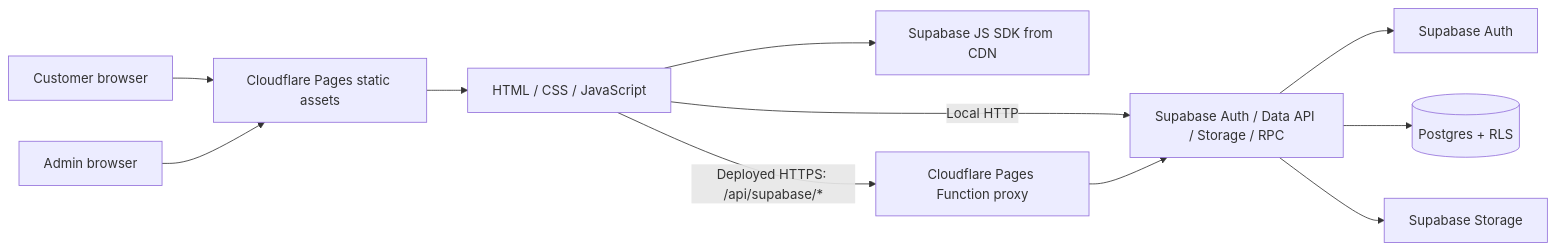
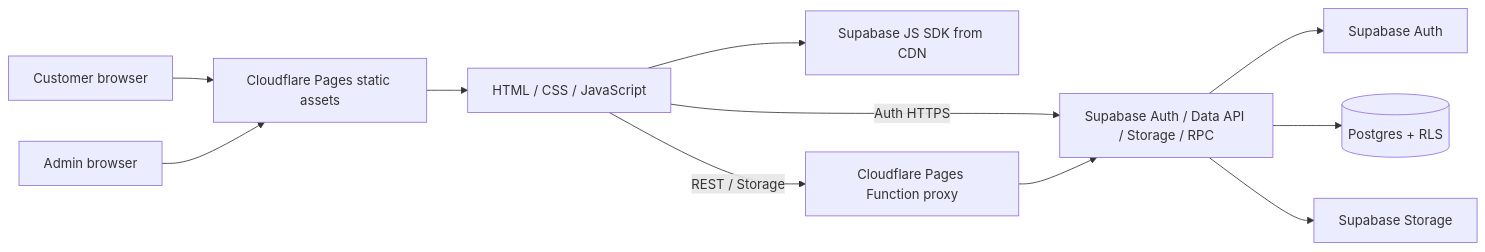
One commit to hasantanvir286-art/Frostly changed the first of 3 diagrams in docs/PROJECT_DOCUMENTATION.md. Above: the diagram before and after it, drawn with Mermaid. The commit also changed other lines of this file and 9 other files, not shown here.

````diff
--- a/docs/PROJECT_DOCUMENTATION.md
+++ b/docs/PROJECT_DOCUMENTATION.md
@@ -33,13 +33,13 @@
 ```mermaid
 flowchart LR
   Customer[Customer browser] --> Static[Cloudflare Pages static assets]
   Admin[Admin browser] --> Static
   Static --> App[HTML / CSS / JavaScript]
   App --> SDK[Supabase JS SDK from CDN]
-  App -->|Local HTTP| SB[Supabase Auth / Data API / Storage / RPC]
-  App -->|Deployed HTTPS: /api/supabase/*| Proxy[Cloudflare Pages Function proxy]
+  App -->|Auth HTTPS| SB[Supabase Auth / Data API / Storage / RPC]
+  App -->|REST / Storage| Proxy[Cloudflare Pages Function proxy]
   Proxy --> SB
   SB --> Auth[Supabase Auth]
   SB --> DB[(Postgres + RLS)]
   SB --> Storage[Supabase Storage]
 ```
````
